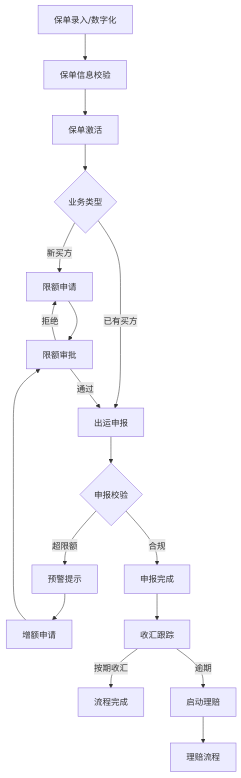
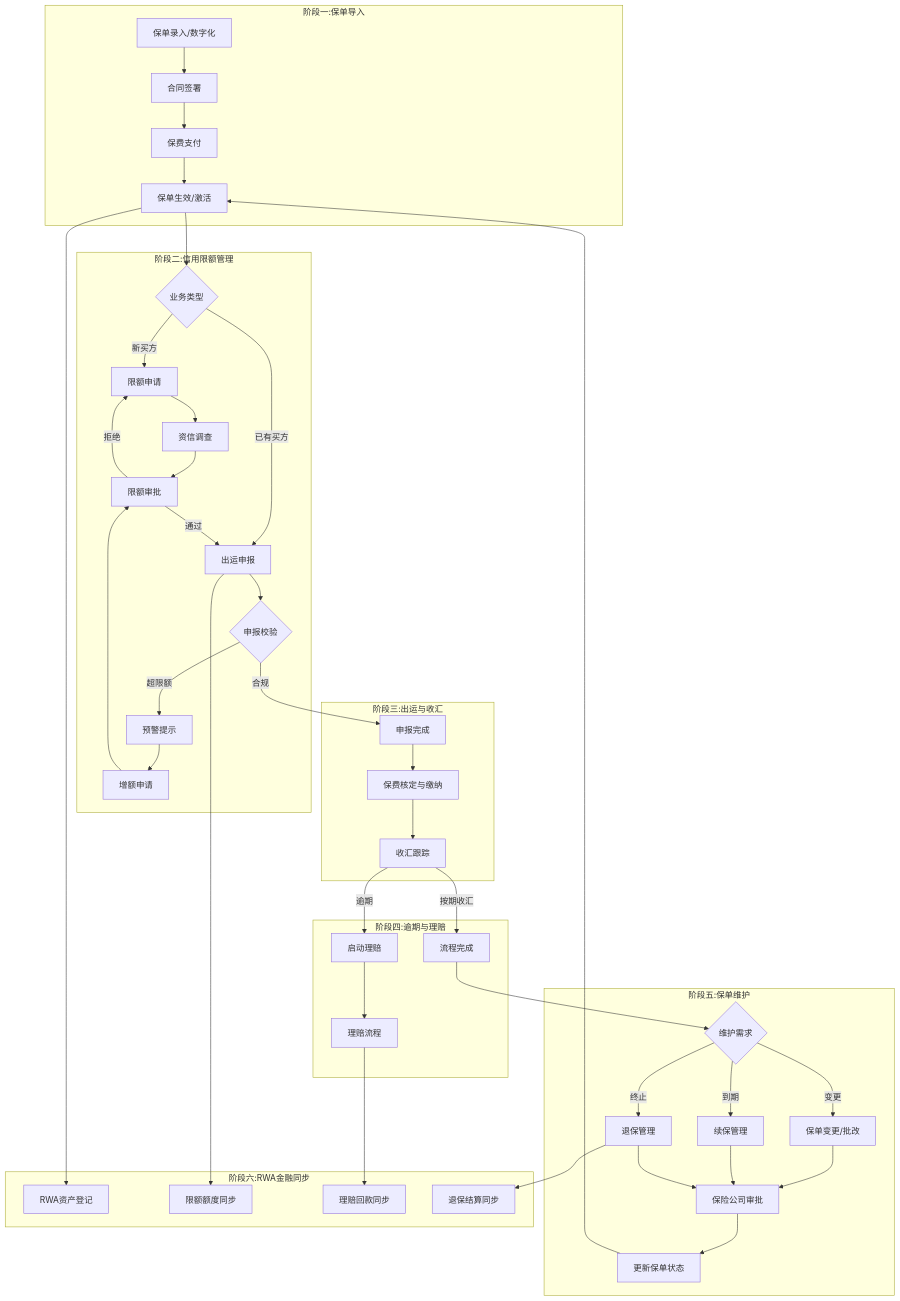
The third of 4 diagrams in doc/长安银科保险管理系统_产品原型设计文档_v2.0.md (baopingzhang099-coder/cayk-bx), drawn with Mermaid before and after one commit. The commit also changed other lines of this file and 3 other files, not shown here.

````diff
--- a/doc/长安银科保险管理系统_产品原型设计文档_v2.0.md
+++ b/doc/长安银科保险管理系统_产品原型设计文档_v2.0.md
@@ -2267,20 +2400,53 @@
 ```mermaid
 flowchart TD
-    A[保单录入/数字化] --> B[保单信息校验]
-    B --> C[保单激活]
-    C --> D{业务类型}
-    D -->|新买方| E[限额申请]
-    D -->|已有买方| F[出运申报]
-    E --> G[限额审批]
-    G -->|通过| F
-    G -->|拒绝| E
-    F --> H{申报校验}
-    H -->|超限额| I[预警提示]
-    I --> J[增额申请]
-    J --> G
-    H -->|合规| K[申报完成]
-    K --> L[收汇跟踪]
-    L -->|按期收汇| M[流程完成]
-    L -->|逾期| N[启动理赔]
-    N --> O[理赔流程]
+    subgraph 阶段一:保单导入
+        A[保单录入/数字化] --> B[合同签署]
+        B --> C[保费支付]
+        C --> D[保单生效/激活]
+    end
+
+    subgraph 阶段二:信用限额管理
+        D --> E{业务类型}
+        E -->|新买方| F[限额申请]
+        E -->|已有买方| G[出运申报]
+        F --> H[资信调查]
+        H --> I[限额审批]
+        I -->|通过| G
+        I -->|拒绝| F
+        G --> J{申报校验}
+        J -->|超限额| K[预警提示]
+        K --> L[增额申请]
+        L --> I
+    end
+
+    subgraph 阶段三:出运与收汇
+        J -->|合规| M[申报完成]
+        M --> N[保费核定与缴纳]
+        N --> O[收汇跟踪]
+    end
+
+    subgraph 阶段四:逾期与理赔
+        O -->|按期收汇| P[流程完成]
+        O -->|逾期| Q[启动理赔]
+        Q --> R[理赔流程]
+    end
+
+    subgraph 阶段五:保单维护
+        P --> S{维护需求}
+        S -->|变更| T[保单变更/批改]
+        S -->|到期| U[续保管理]
+        S -->|终止| V[退保管理]
+        T --> W[保险公司审批]
+        U --> W
+        V --> W
+        W --> X[更新保单状态]
+        X --> D
+    end
+
+    subgraph 阶段六:RWA金融同步
+        D --> Y[RWA资产登记]
+        G --> Z[限额额度同步]
+        R --> AA[理赔回款同步]
+        V --> AB[退保结算同步]
+    end
 ```
````
